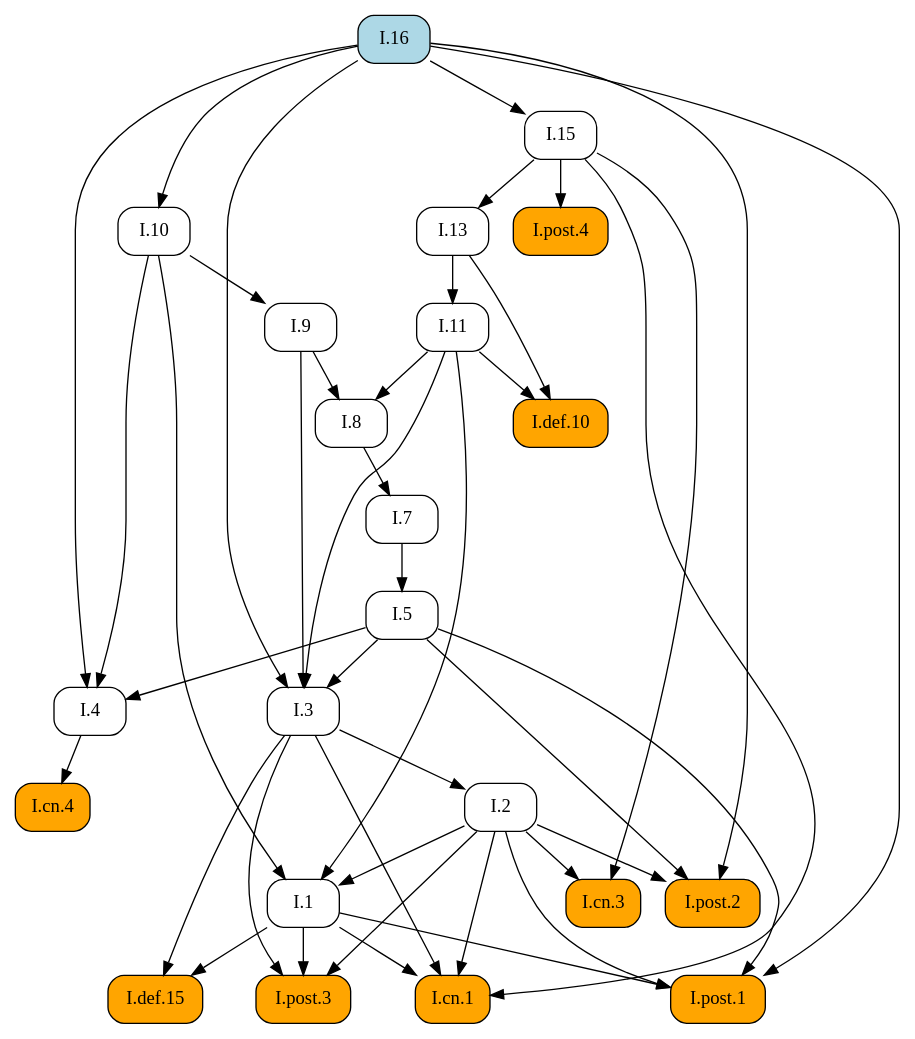
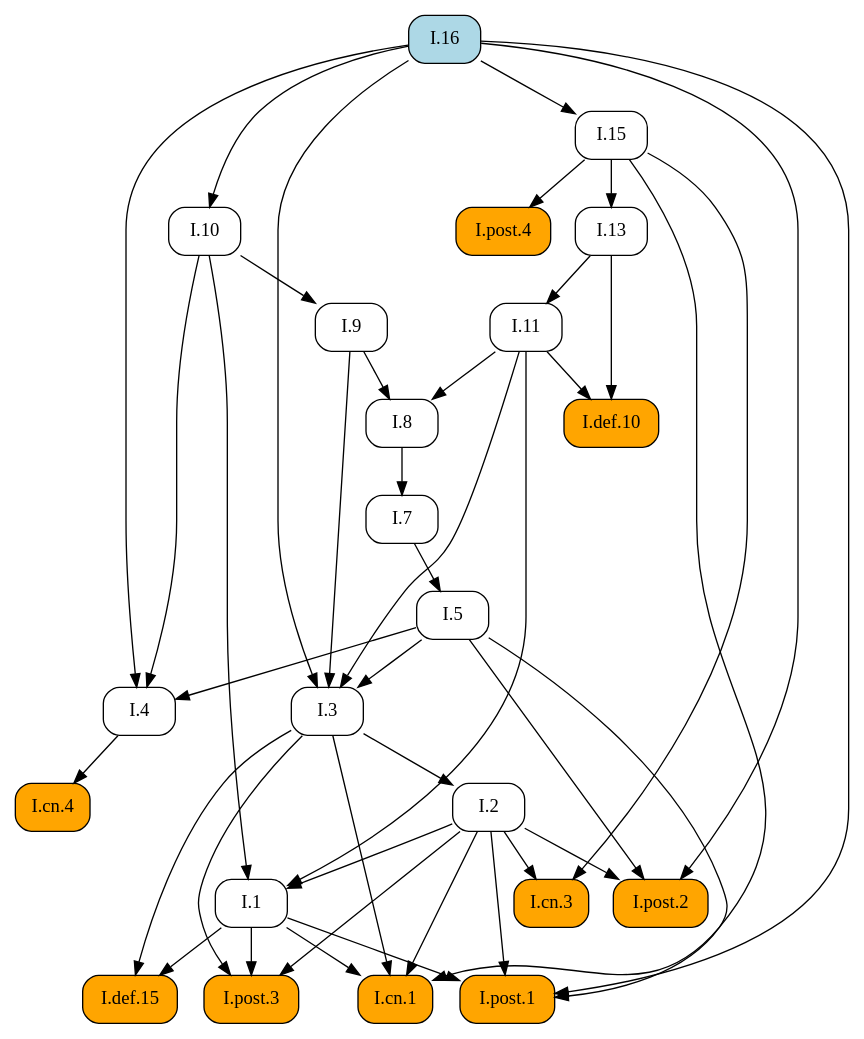
One commit to geometor/elements changed the diagram in docsrc/heath/I/16/index.rst. Above: the diagram before and after it, drawn with Graphviz. The commit also changed other lines of this file and 484 other files, not shown here.

```diff
--- a/docsrc/heath/I/16/index.rst
+++ b/docsrc/heath/I/16/index.rst
@@ -88,70 +88,70 @@
 .. graphviz::
 
    digraph {
      rankdir="TB";
      node [shape=box, style=rounded];
+     "I.9" [URL="/heath/I/9/", target="_top"];
+     "I.cn.1" [style="rounded,filled", fillcolor=orange, URL="/heath/I/cn.1/", target="_top"];
+     "I.7" [URL="/heath/I/7/", target="_top"];
+     "I.2" [URL="/heath/I/2/", target="_top"];
+     "I.def.15" [style="rounded,filled", fillcolor=orange, URL="/heath/I/def.15/", target="_top"];
+     "I.13" [URL="/heath/I/13/", target="_top"];
+     "I.post.4" [style="rounded,filled", fillcolor=orange, URL="/heath/I/post.4/", target="_top"];
+     "I.4" [URL="/heath/I/4/", target="_top"];
+     "I.1" [URL="/heath/I/1/", target="_top"];
+     "I.post.3" [style="rounded,filled", fillcolor=orange, URL="/heath/I/post.3/", target="_top"];
+     "I.post.1" [style="rounded,filled", fillcolor=orange, URL="/heath/I/post.1/", target="_top"];
+     "I.5" [URL="/heath/I/5/", target="_top"];
+     "I.8" [URL="/heath/I/8/", target="_top"];
+     "I.cn.3" [style="rounded,filled", fillcolor=orange, URL="/heath/I/cn.3/", target="_top"];
+     "I.16" [style="rounded,filled", fillcolor=lightblue, URL="/heath/I/16/", target="_top"];
      "I.def.10" [style="rounded,filled", fillcolor=orange, URL="/heath/I/def.10/", target="_top"];
+     "I.15" [URL="/heath/I/15/", target="_top"];
+     "I.10" [URL="/heath/I/10/", target="_top"];
      "I.11" [URL="/heath/I/11/", target="_top"];
-     "I.post.4" [style="rounded,filled", fillcolor=orange, URL="/heath/I/post.4/", target="_top"];
-     "I.1" [URL="/heath/I/1/", target="_top"];
-     "I.7" [URL="/heath/I/7/", target="_top"];
+     "I.cn.4" [style="rounded,filled", fillcolor=orange, URL="/heath/I/cn.4/", target="_top"];
+     "I.post.2" [style="rounded,filled", fillcolor=orange, URL="/heath/I/post.2/", target="_top"];
      "I.3" [URL="/heath/I/3/", target="_top"];
-     "I.2" [URL="/heath/I/2/", target="_top"];
-     "I.4" [URL="/heath/I/4/", target="_top"];
-     "I.13" [URL="/heath/I/13/", target="_top"];
-     "I.post.2" [style="rounded,filled", fillcolor=orange, URL="/heath/I/post.2/", target="_top"];
-     "I.16" [style="rounded,filled", fillcolor=lightblue, URL="/heath/I/16/", target="_top"];
-     "I.def.15" [style="rounded,filled", fillcolor=orange, URL="/heath/I/def.15/", target="_top"];
-     "I.9" [URL="/heath/I/9/", target="_top"];
-     "I.post.3" [style="rounded,filled", fillcolor=orange, URL="/heath/I/post.3/", target="_top"];
-     "I.cn.1" [style="rounded,filled", fillcolor=orange, URL="/heath/I/cn.1/", target="_top"];
-     "I.cn.3" [style="rounded,filled", fillcolor=orange, URL="/heath/I/cn.3/", target="_top"];
-     "I.8" [URL="/heath/I/8/", target="_top"];
-     "I.cn.4" [style="rounded,filled", fillcolor=orange, URL="/heath/I/cn.4/", target="_top"];
-     "I.15" [URL="/heath/I/15/", target="_top"];
-     "I.post.1" [style="rounded,filled", fillcolor=orange, URL="/heath/I/post.1/", target="_top"];
-     "I.10" [URL="/heath/I/10/", target="_top"];
-     "I.5" [URL="/heath/I/5/", target="_top"];
-     "I.11" -> "I.def.10";
-     "I.13" -> "I.def.10";
-     "I.13" -> "I.11";
+     "I.10" -> "I.9";
+     "I.1" -> "I.cn.1";
+     "I.2" -> "I.cn.1";
+     "I.3" -> "I.cn.1";
+     "I.15" -> "I.cn.1";
+     "I.8" -> "I.7";
+     "I.3" -> "I.2";
+     "I.1" -> "I.def.15";
+     "I.3" -> "I.def.15";
+     "I.15" -> "I.13";
      "I.15" -> "I.post.4";
+     "I.5" -> "I.4";
+     "I.10" -> "I.4";
+     "I.16" -> "I.4";
      "I.2" -> "I.1";
      "I.10" -> "I.1";
      "I.11" -> "I.1";
-     "I.8" -> "I.7";
+     "I.1" -> "I.post.3";
+     "I.2" -> "I.post.3";
+     "I.3" -> "I.post.3";
+     "I.1" -> "I.post.1";
+     "I.2" -> "I.post.1";
+     "I.5" -> "I.post.1";
+     "I.16" -> "I.post.1";
+     "I.7" -> "I.5";
+     "I.9" -> "I.8";
+     "I.11" -> "I.8";
+     "I.2" -> "I.cn.3";
+     "I.15" -> "I.cn.3";
+     "I.11" -> "I.def.10";
+     "I.13" -> "I.def.10";
+     "I.16" -> "I.15";
+     "I.16" -> "I.10";
+     "I.13" -> "I.11";
+     "I.4" -> "I.cn.4";
+     "I.2" -> "I.post.2";
+     "I.5" -> "I.post.2";
+     "I.16" -> "I.post.2";
      "I.5" -> "I.3";
      "I.9" -> "I.3";
      "I.11" -> "I.3";
      "I.16" -> "I.3";
-     "I.3" -> "I.2";
-     "I.5" -> "I.4";
-     "I.10" -> "I.4";
-     "I.16" -> "I.4";
-     "I.15" -> "I.13";
-     "I.2" -> "I.post.2";
-     "I.5" -> "I.post.2";
-     "I.16" -> "I.post.2";
-     "I.1" -> "I.def.15";
-     "I.3" -> "I.def.15";
-     "I.10" -> "I.9";
-     "I.1" -> "I.post.3";
-     "I.2" -> "I.post.3";
-     "I.3" -> "I.post.3";
-     "I.1" -> "I.cn.1";
-     "I.2" -> "I.cn.1";
-     "I.3" -> "I.cn.1";
-     "I.15" -> "I.cn.1";
-     "I.2" -> "I.cn.3";
-     "I.15" -> "I.cn.3";
-     "I.9" -> "I.8";
-     "I.11" -> "I.8";
-     "I.4" -> "I.cn.4";
-     "I.16" -> "I.15";
-     "I.1" -> "I.post.1";
-     "I.2" -> "I.post.1";
-     "I.5" -> "I.post.1";
-     "I.16" -> "I.post.1";
-     "I.16" -> "I.10";
-     "I.7" -> "I.5";
    }
```
